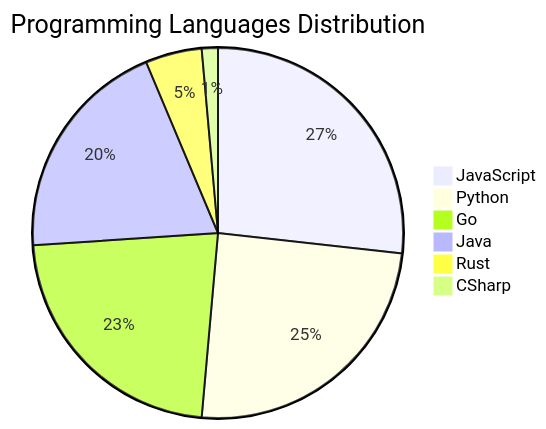
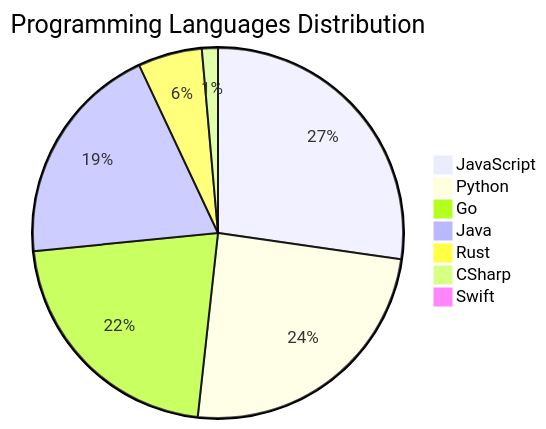
The diagram in README.md (Derrick-MUGISHA/github-activity-bot), drawn with Mermaid before and after one commit. The commit also changed other lines of this file and 4 other files, not shown here.

````diff
--- a/README.md
+++ b/README.md
@@ -206,9 +207,10 @@
 ```mermaid
 pie title Programming Languages Distribution
-    "JavaScript" : 38
+    "JavaScript" : 39
     "Python" : 35
-    "Go" : 32
+    "Go" : 31
     "Java" : 28
-    "Rust" : 7
+    "Rust" : 8
     "CSharp" : 2
+    "Swift" : 1
 ```
````
